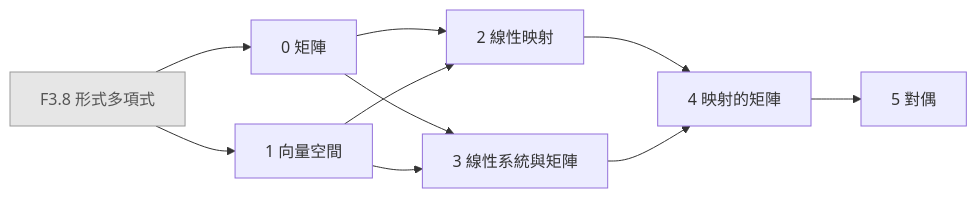
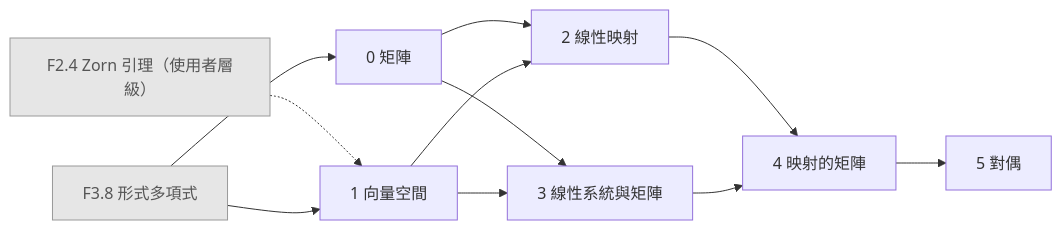
One commit to AkizumiFox/math-atlas changed the diagram in generated/chapters/LA1.mmd. Above: the diagram before and after it, drawn with Mermaid. The commit also changed 17 other files, not shown here.

```diff
--- a/generated/chapters/LA1.mmd
+++ b/generated/chapters/LA1.mmd
@@ -1,20 +1,22 @@
 flowchart LR
+  F2_4["F2.4 Zorn 引理（使用者層級）"]:::ext
   F3_8["F3.8 形式多項式"]:::ext
   LA1_0["0 矩陣"]
   LA1_1["1 向量空間"]
   LA1_2["2 線性映射"]
   LA1_3["3 線性系統與矩陣"]
   LA1_4["4 映射的矩陣"]
   LA1_5["5 對偶"]
   F3_8 --> LA1_0
+  F2_4 -.-> LA1_1
   F3_8 --> LA1_1
   LA1_0 --> LA1_2
   LA1_1 --> LA1_2
   LA1_0 --> LA1_3
   LA1_1 --> LA1_3
   LA1_2 --> LA1_4
   LA1_3 --> LA1_4
   LA1_4 --> LA1_5
   classDef ext fill:#e6e6e6,stroke:#999,color:#555
   classDef opt fill:#fff,stroke:#999,stroke-dasharray:4 3,color:#555
   classDef segb fill:#f6f6fb,stroke:#99a,color:#333
```
